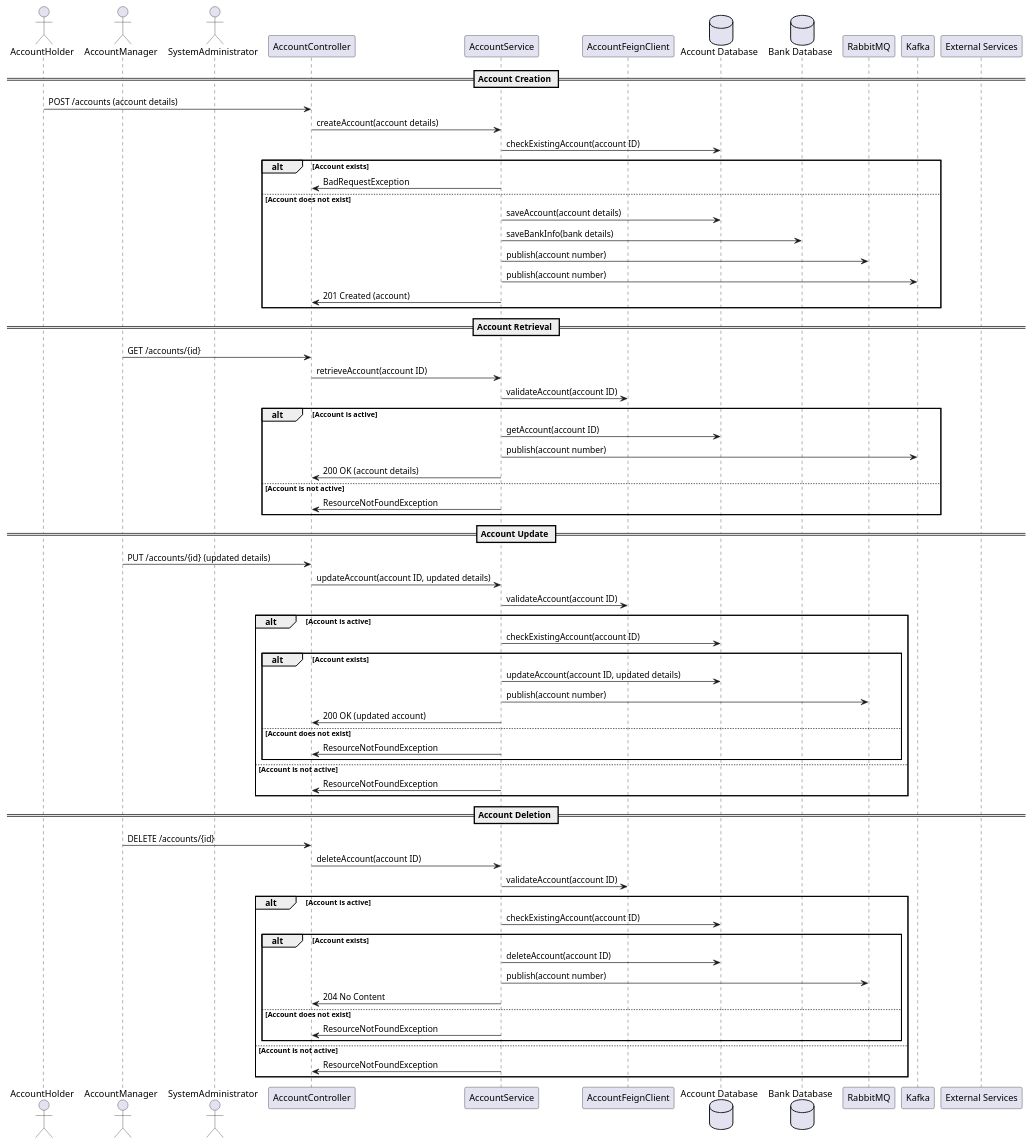
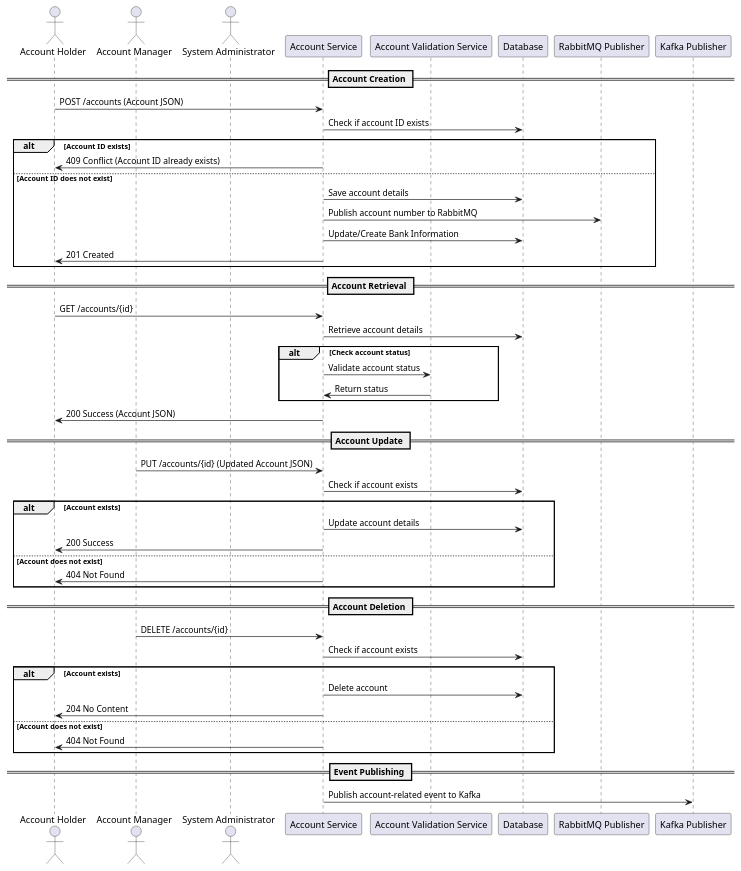
Before and after one commit to Bhaskar-Pavan/AccountService: the diagram in design_document/Account_service_demo.md, drawn with PlantUML. The commit also changed other lines of this file, not shown here.

````diff
--- a/design_document/Account_service_demo.md
+++ b/design_document/Account_service_demo.md
@@ -43,77 +37,56 @@
 ```plantuml
 @startuml
-
-actor AccountHolder as AH
-actor AccountManager as AM
-actor SystemAdministrator as SA
-participant "AccountController" as AC
-participant "AccountService" as AS
-participant "AccountFeignClient" as AFC
-database "Account Database" as AD
-database "Bank Database" as BD
-participant "RabbitMQ" as RMQ
-participant "Kafka" as KAFKA
-participant "External Services" as ES
+actor "Account Holder" as AH
+actor "Account Manager" as AM
+actor "System Administrator" as SA
+participant "Account Service" as AS
+participant "Account Validation Service" as AVS
+participant "Database" as DB
+participant "RabbitMQ Publisher" as RMP
+participant "Kafka Publisher" as KP
 
 == Account Creation ==
-AH -> AC : POST /accounts (account details)
-AC -> AS : createAccount(account details)
-AS -> AD : checkExistingAccount(account ID)
-alt Account exists
-    AS -> AC : BadRequestException
-else Account does not exist
-    AS -> AD : saveAccount(account details)
-    AS -> BD : saveBankInfo(bank details)
-    AS -> RMQ : publish(account number)
-    AS -> KAFKA : publish(account number)
-    AS -> AC : 201 Created (account)
+AH -> AS : POST /accounts (Account JSON)
+AS -> DB : Check if account ID exists
+alt Account ID exists
+    AS -> AH : 409 Conflict (Account ID already exists)
+else Account ID does not exist
+    AS -> DB : Save account details
+    AS -> RMP : Publish account number to RabbitMQ
+    AS -> DB : Update/Create Bank Information
+    AS -> AH : 201 Created
 end
 
 == Account Retrieval ==
-AM -> AC : GET /accounts/{id}
-AC -> AS : retrieveAccount(account ID)
-AS -> AFC : validateAccount(account ID)
-alt Account is active
-    AS -> AD : getAccount(account ID)
-    AS -> KAFKA : publish(account number)
-    AS -> AC : 200 OK (account details)
-else Account is not active
-    AS -> AC : ResourceNotFoundException
+AH -> AS : GET /accounts/{id}
+AS -> DB : Retrieve account details
+alt Check account status
+    AS -> AVS : Validate account status
+    AVS -> AS : Return status
 end
+AS -> AH : 200 Success (Account JSON)
 
 == Account Update ==
-AM -> AC : PUT /accounts/{id} (updated details)
-AC -> AS : updateAccount(account ID, updated details)
-AS -> AFC : validateAccount(account ID)
-alt Account is active
-    AS -> AD : checkExistingAccount(account ID)
-    alt Account exists
-        AS -> AD : updateAccount(account ID, updated details)
-        AS -> RMQ : publish(account number)
-        AS -> AC : 200 OK (updated account)
-    else Account does not exist
-        AS -> AC : ResourceNotFoundException
-    end
-else Account is not active
-    AS -> AC : ResourceNotFoundException
+AM -> AS : PUT /accounts/{id} (Updated Account JSON)
+AS -> DB : Check if account exists
+alt Account exists
+    AS -> DB : Update account details
+    AS -> AH : 200 Success
+else Account does not exist
+    AS -> AH : 404 Not Found
 end
 
 == Account Deletion ==
-AM -> AC : DELETE /accounts/{id}
-AC -> AS : deleteAccount(account ID)
-AS -> AFC : validateAccount(account ID)
-alt Account is active
-    AS -> AD : checkExistingAccount(account ID)
-    alt Account exists
-        AS -> AD : deleteAccount(account ID)
-        AS -> RMQ : publish(account number)
-        AS -> AC : 204 No Content
-    else Account does not exist
-        AS -> AC : ResourceNotFoundException
-    end
-else Account is not active
-    AS -> AC : ResourceNotFoundException
+AM -> AS : DELETE /accounts/{id}
+AS -> DB : Check if account exists
+alt Account exists
+    AS -> DB : Delete account
+    AS -> AH : 204 No Content
+else Account does not exist
+    AS -> AH : 404 Not Found
 end
 
+== Event Publishing ==
+AS -> KP : Publish account-related event to Kafka
 @enduml
 ```
````
